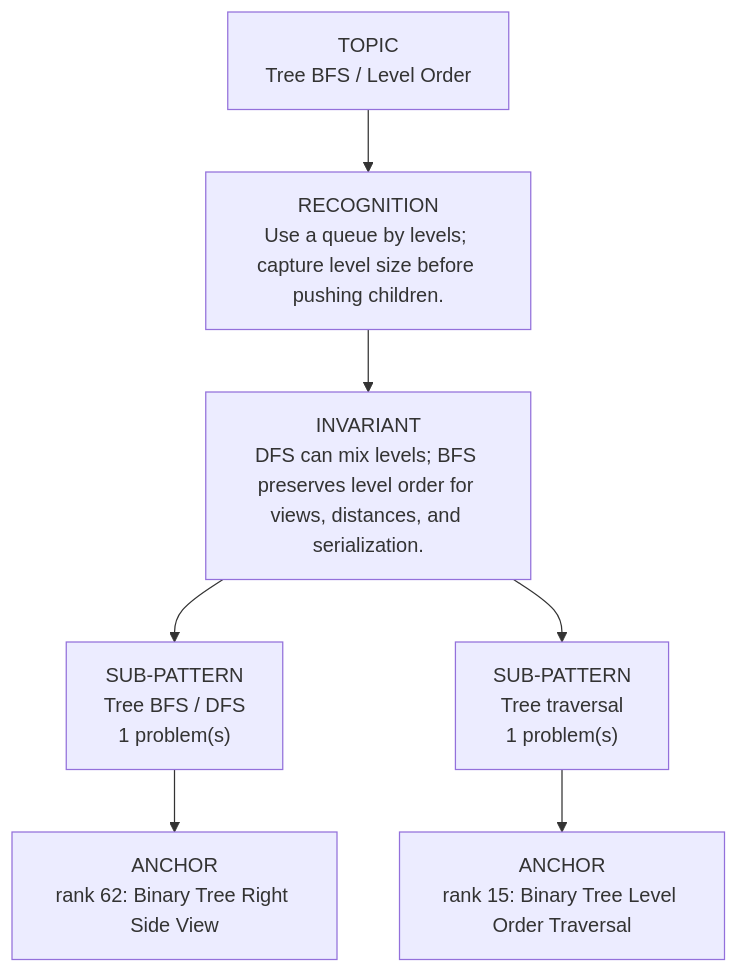
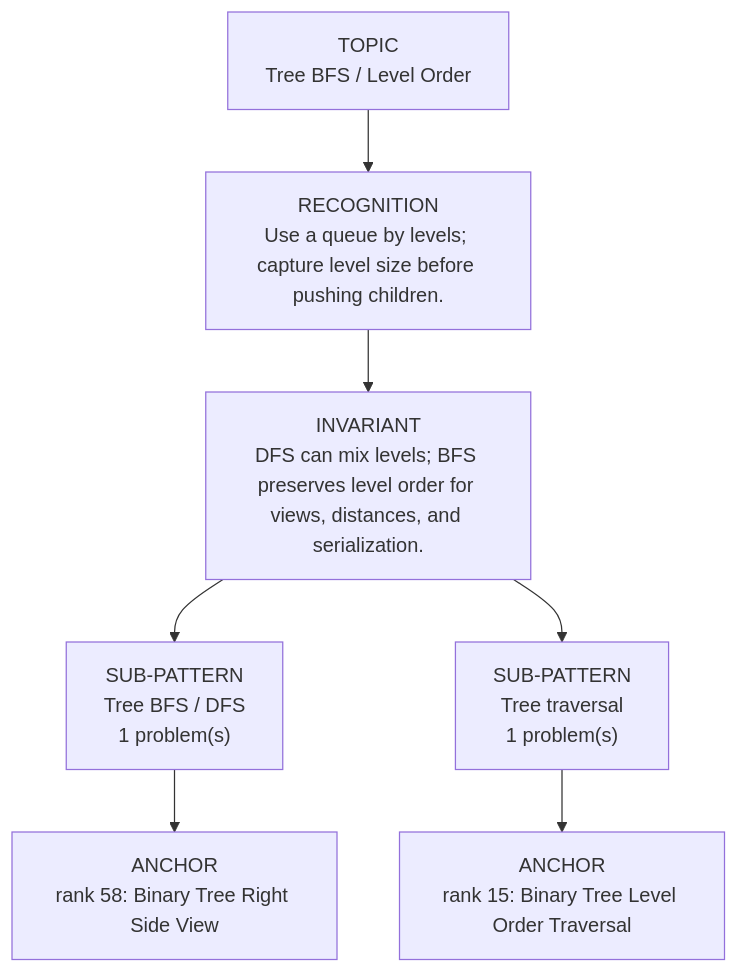
One commit to thechiranjeevjain/DSA10days changed the diagram in dsa-review/interview/patterns/07_tree_bfs.md. Above: the diagram before and after it, drawn with Mermaid. The commit also changed other lines of this file and 61 other files, not shown here.

````diff
--- a/dsa-review/interview/patterns/07_tree_bfs.md
+++ b/dsa-review/interview/patterns/07_tree_bfs.md
@@ -15,11 +15,11 @@
 ```mermaid
 flowchart TD
   Topic["TOPIC<br/>Tree BFS / Level Order"]
   Recognition["RECOGNITION<br/>Use a queue by levels; capture level size before pushing children."]
   Invariant["INVARIANT<br/>DFS can mix levels; BFS preserves level order for views, distances, and serialization."]
   Topic --> Recognition --> Invariant
   Invariant --> Sub01["SUB-PATTERN<br/>Tree BFS / DFS<br/>1 problem(s)"]
-  Sub01 --> Sub01A01["ANCHOR<br/>rank 62: Binary Tree Right Side View"]
+  Sub01 --> Sub01A01["ANCHOR<br/>rank 58: Binary Tree Right Side View"]
   Invariant --> Sub02["SUB-PATTERN<br/>Tree traversal<br/>1 problem(s)"]
   Sub02 --> Sub02A01["ANCHOR<br/>rank 15: Binary Tree Level Order Traversal"]
 ```
````
